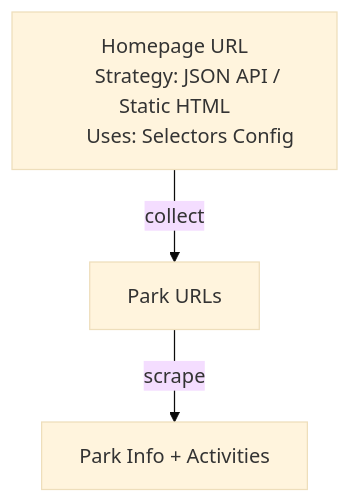
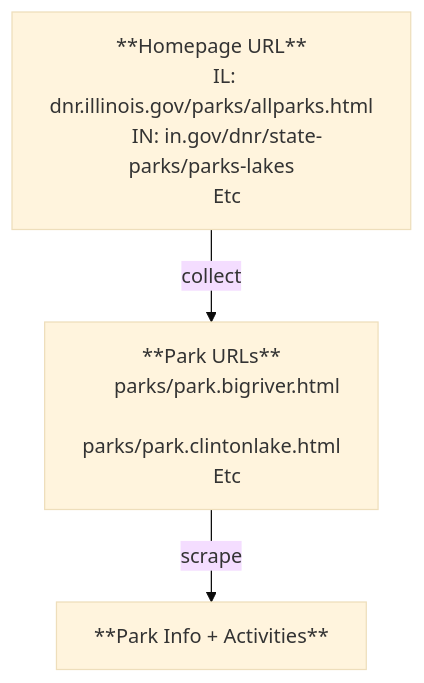
One commit to nathangartlan2/tripbuddy-demo changed the diagram in docs/scraper-conceptual.md. Above: the diagram before and after it, drawn with Mermaid (base theme). The commit also changed 1 other file, not shown here.

Commit message:
basic scraper documentation

````diff
--- a/docs/scraper-conceptual.md
+++ b/docs/scraper-conceptual.md
@@ -3,7 +3,13 @@
 ```mermaid
 flowchart TD
-      Homepage["Homepage URL
-      Strategy: JSON API / Static HTML
-      Uses: Selectors Config"] -->|collect| Parks[Park URLs]
-      Parks -->|scrape| Info[Park Info + Activities]
+      Homepage["**Homepage URL**
+      IL: dnr.illinois.gov/parks/allparks.html
+      IN: in.gov/dnr/state-parks/parks-lakes
+      Etc"] -->|collect| Parks["**Park URLs**
+      parks/park.bigriver.html
+      parks/park.clintonlake.html
+      Etc
+      "]
+      Parks -->|scrape| Info[**Park Info + Activities**]
+
 ```
````
